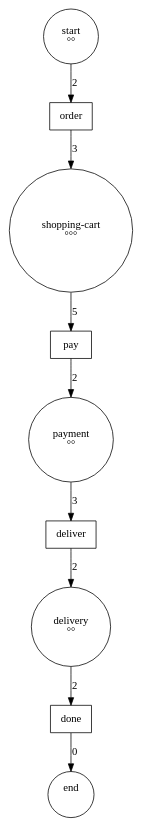
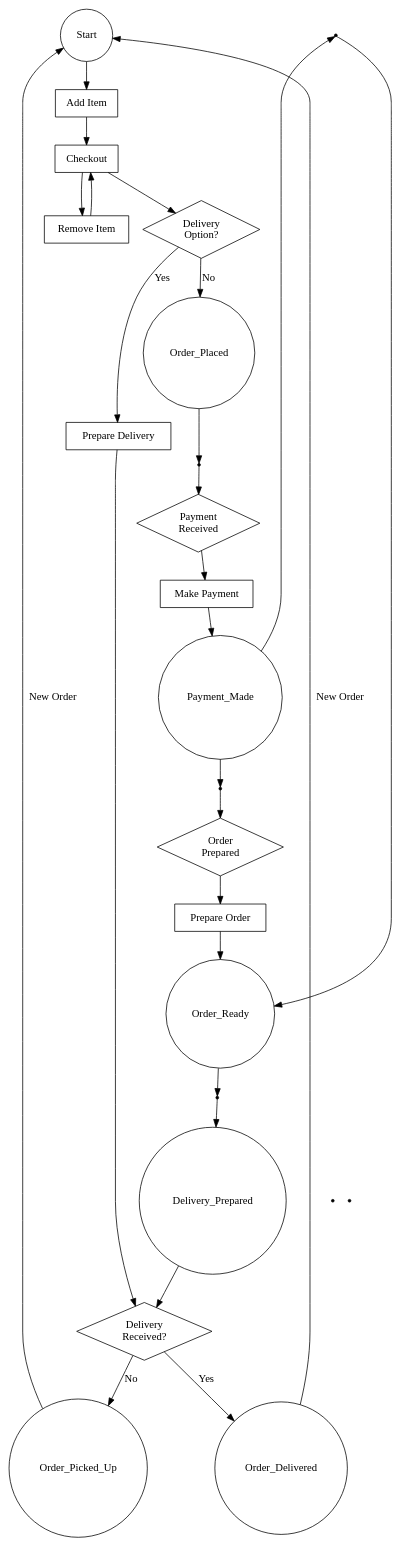
One commit to iandebeer/gleibnif changed the diagram in purchase.dot. Above: the diagram before and after it, drawn with Graphviz. The commit also changed 10 other files, not shown here.

```diff
--- a/purchase.dot
+++ b/purchase.dot
@@ -1,20 +1,52 @@
-digraph G {
-0 [label="payment\n°°\n" shape=circle]
-1 [label="end\n\n" shape=circle]
-2 [label="order" shape=box]
-3 [label="pay" shape=box]
-4 [label="shopping-cart\n°°°\n" shape=circle]
-5 [label="done" shape=box]
-6 [label="delivery\n°°\n" shape=circle]
-7 [label="start\n°°\n" shape=circle]
-8 [label="deliver" shape=box]
-
-0 -> 8 [label="3" ] 
-2 -> 4 [label="3" ] 
-3 -> 0 [label="2" ] 
-4 -> 3 [label="5" ] 
-5 -> 1 [label="0" ] 
-6 -> 5 [label="2" ] 
-7 -> 2 [label="2" ] 
-8 -> 6 [label="2" ] 
+digraph fast_food_ordering_process {
+    node [shape=circle];
+    Start;
+    Order_Placed;
+    Payment_Made;
+    Order_Ready;
+    Order_Picked_Up;
+    Delivery_Prepared;
+    Order_Delivered;
+    node [shape=box];
+    Add_Item [label="Add Item"];
+    Remove_Item [label="Remove Item"];
+    Checkout [label="Checkout"];
+    Make_Payment [label="Make Payment"];
+    Prepare_Order [label="Prepare Order"];
+    Prepare_Delivery [label="Prepare Delivery"];
+    node [shape=diamond];
+    Payment_Received [label="Payment\nReceived"];
+    Order_Prepared [label="Order\nPrepared"];
+    Delivery_Option [label="Delivery\nOption?"];
+    Delivery_Received [label="Delivery\nReceived?"];
+    node [shape=point];
+    e1 [label=""];
+    e2 [label=""];
+    e3 [label=""];
+    e4 [label=""];
+    e5 [label=""];
+    e6 [label=""];
+    Start -> Add_Item;
+    Add_Item -> Checkout;
+    Checkout -> Remove_Item;
+    Remove_Item -> Checkout;
+    Checkout -> Delivery_Option;
+    Delivery_Option -> Prepare_Delivery [label="Yes"];
+    Delivery_Option -> Order_Placed [label="No"];
+    Prepare_Delivery -> Delivery_Received;
+    Delivery_Received -> Order_Delivered [label="Yes"];
+    Delivery_Received -> Order_Picked_Up [label="No"];
+    Order_Placed -> e1 -> Payment_Received;
+    Payment_Received -> Make_Payment;
+    Make_Payment -> Payment_Made -> e2;
+    e2 -> Order_Prepared;
+    Order_Prepared -> Prepare_Order;
+    Prepare_Order -> Order_Ready -> e3;
+    e3 -> Delivery_Prepared;
+    Delivery_Prepared -> Delivery_Received;
+    Order_Delivered -> Start [label="New Order"];
+    Order_Picked_Up -> Start [label="New Order"];
+    Payment_Made -> e4 -> Order_Ready;
+    {rank=same; Start, e4}
+    {rank=same; Delivery_Prepared, e5, e6}
 }
```
